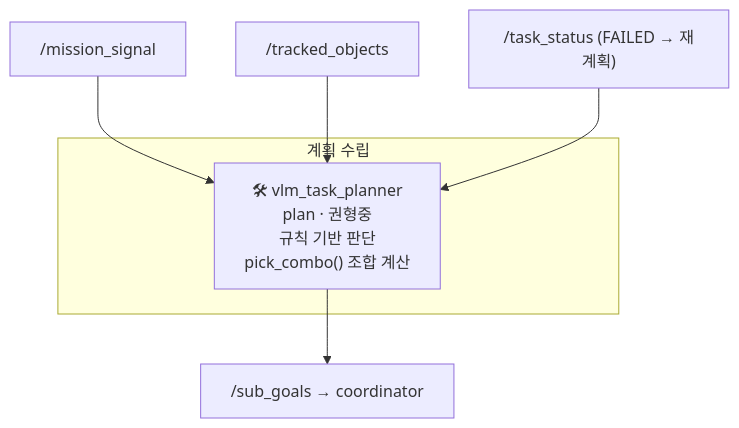
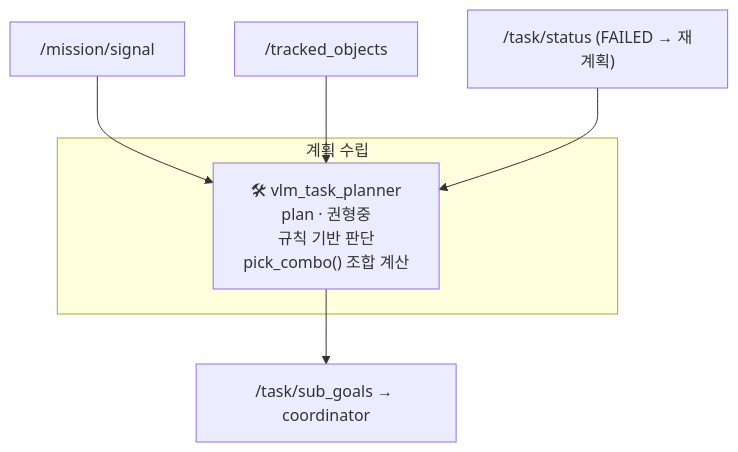
One commit to SeungHye-J/Lv2_bee_Assignment changed the fifth of 7 diagrams in documents/mission/scenario/08-nodes-per-phase.md. Above: the diagram before and after it, drawn with Mermaid. The commit also changed other lines of this file and 25 other files, not shown here.

````diff
--- a/documents/mission/scenario/08-nodes-per-phase.md
+++ b/documents/mission/scenario/08-nodes-per-phase.md
@@ -202,13 +202,13 @@
 ```mermaid
 flowchart TD
     subgraph PLAN["계획 수립"]
         VLM2["🛠 vlm_task_planner\nplan · 권형중\n규칙 기반 판단\npick_combo() 조합 계산"]
     end
 
-    SIG["/mission_signal"]
+    SIG["/mission/signal"]
     OBJ["/tracked_objects"]
-    STATUS["/task_status (FAILED → 재계획)"]
-    SUBG["/sub_goals → coordinator"]
+    STATUS["/task/status (FAILED → 재계획)"]
+    SUBG["/task/sub_goals → coordinator"]
 
     SIG & OBJ & STATUS --> VLM2 --> SUBG
 ```
````
